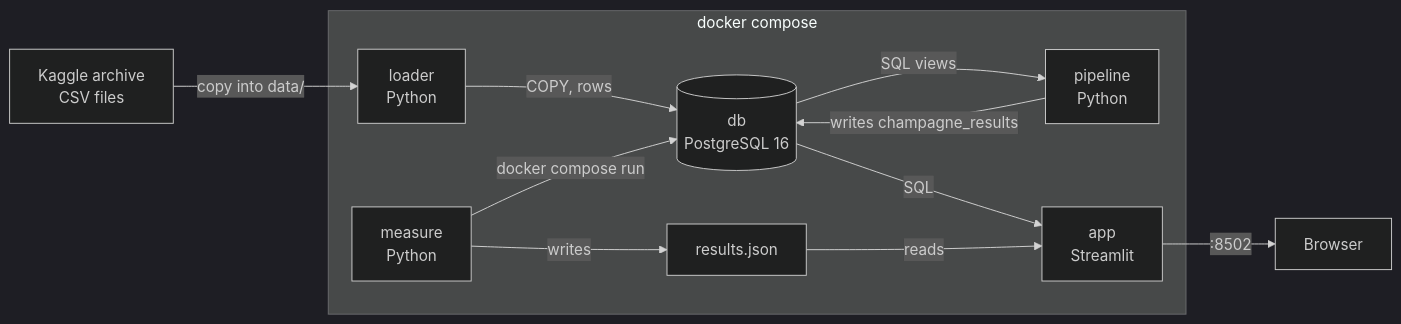
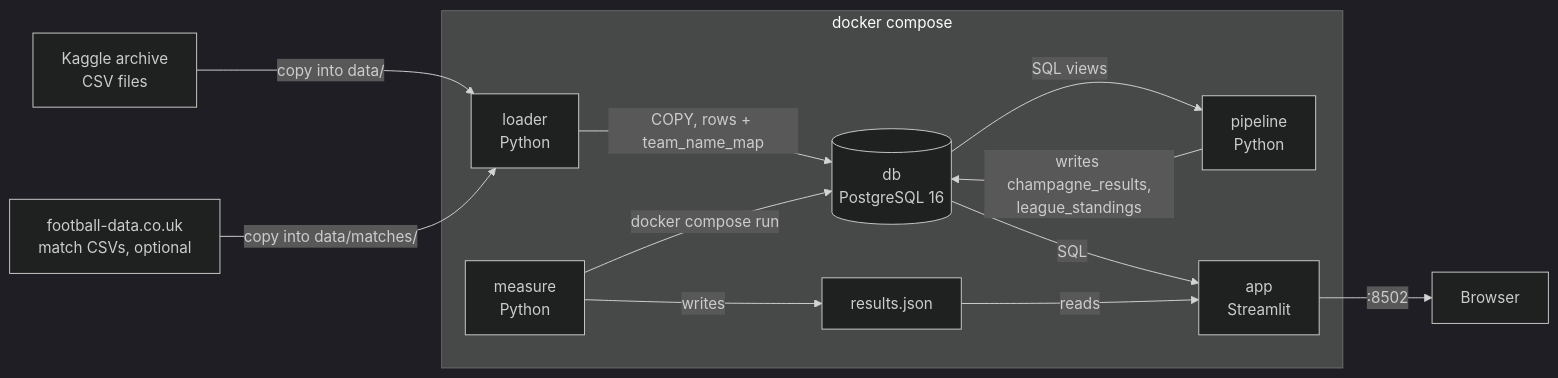
One commit to Ataika/Calcio-Champagne-prediction-automated-system changed the diagram in README.md. Above: the diagram before and after it, drawn with Mermaid (dark theme). The commit also changed other lines of this file and 7 other files, not shown here.

First line of the commit message:
Add match-results enrichment: real league standings vs. Champagne Index

````diff
--- a/README.md
+++ b/README.md
@@ -39,16 +51,17 @@
 ```mermaid
 flowchart LR
     A[Kaggle archive<br/>CSV files] -->|copy into data/| B
+    A2[football-data.co.uk<br/>match CSVs, optional] -->|copy into data/matches/| B
 
     subgraph compose[docker compose]
-        B[loader<br/>Python] -->|COPY, rows| C[(db<br/>PostgreSQL 16)]
+        B[loader<br/>Python] -->|COPY, rows + team_name_map| C[(db<br/>PostgreSQL 16)]
         C -->|SQL views| D[pipeline<br/>Python]
-        D -->|writes champagne_results| C
+        D -->|writes champagne_results,<br/>league_standings| C
         C -->|SQL| E[app<br/>Streamlit]
         F[measure<br/>Python] -->|docker compose run| C
         F -->|writes| G[results.json]
         G -->|reads| E
     end
 
     E -->|:8502| H[Browser]
 ```
````
